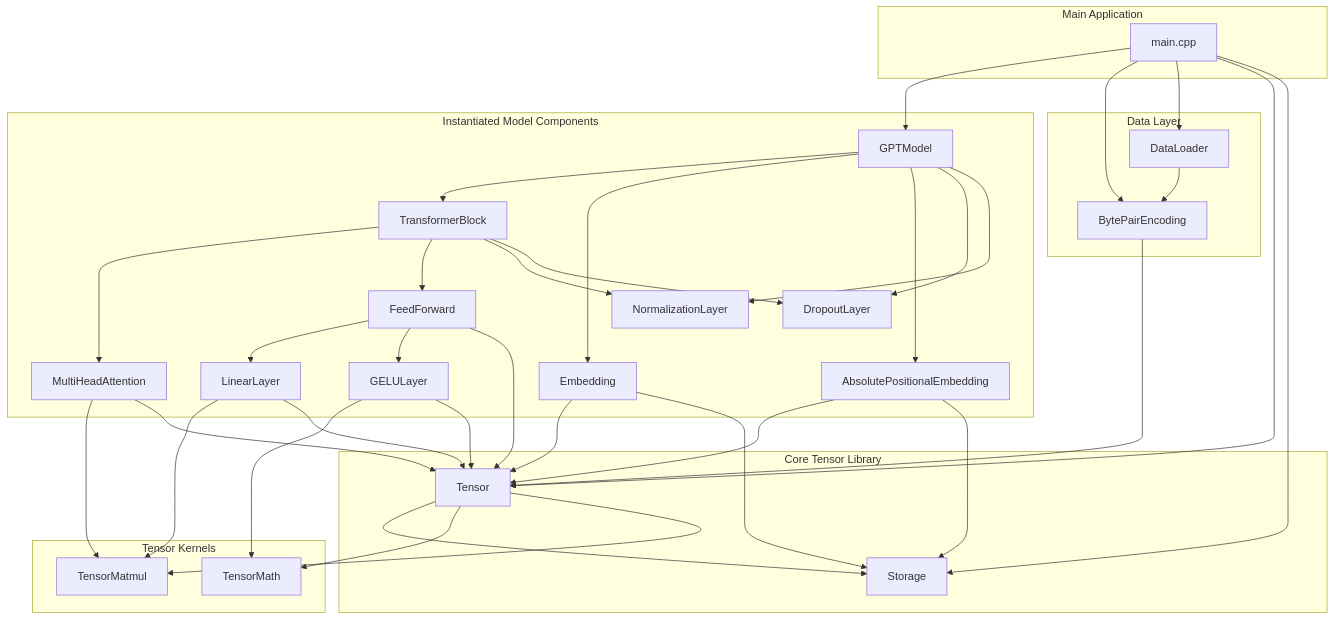
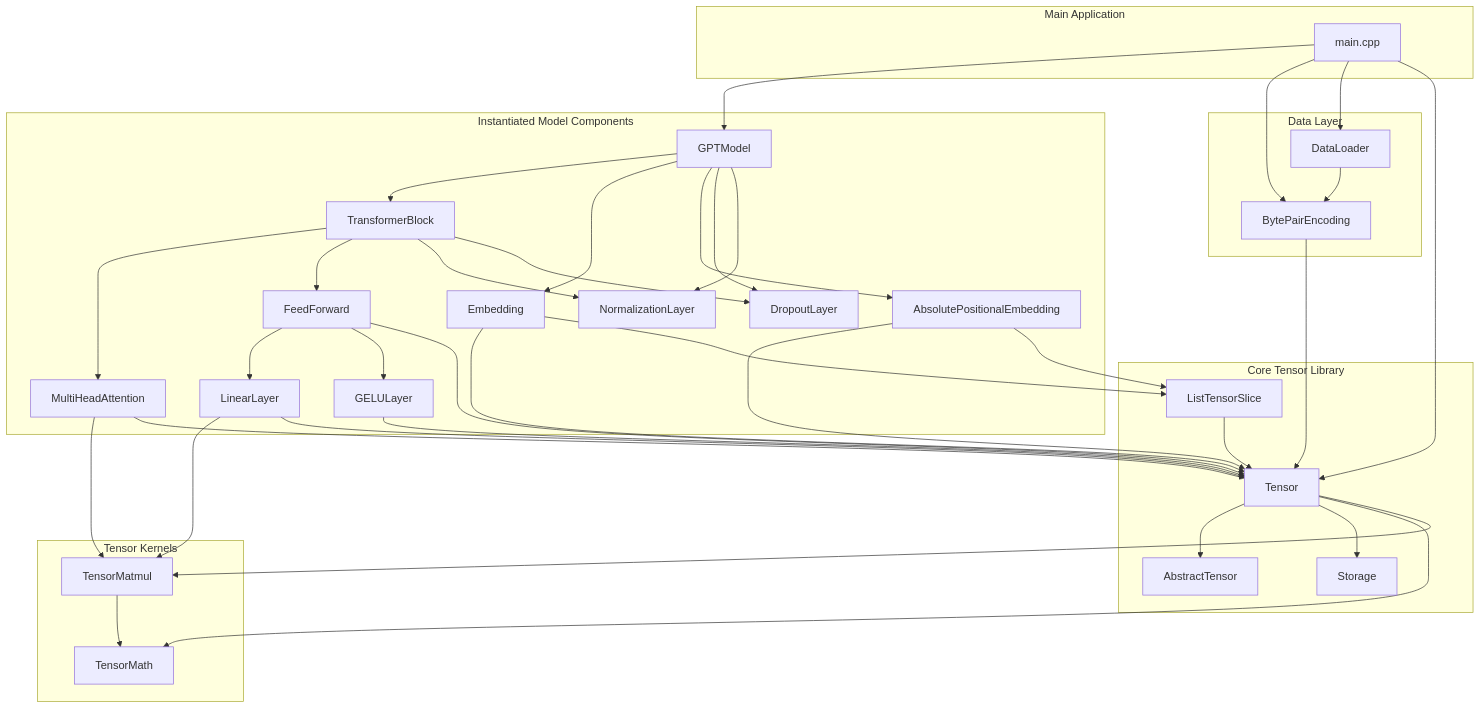
Before and after one commit to andersensam/build-llm-cpp: the diagram in README.md, drawn with Mermaid. The commit also changed 7 other files, not shown here.

Commit message:
Remove old dep chains, redraw graph

````diff
--- a/README.md
+++ b/README.md
@@ -29,7 +29,9 @@
     end
 
     subgraph "Core Tensor Library"
+        abstract_tensor[AbstractTensor]
         tensor[Tensor]
+        list_tensor_slice[ListTensorSlice]
         storage[Storage]
     end
 
@@ -43,7 +45,6 @@
     main --> bpe
     main --> dataloader
     main --> tensor
-    main --> storage
 
     %% GPTModel composition (what's actually instantiated)
     gpt --> transformer
@@ -68,25 +69,29 @@
     feedforward --> tensor
 
     %% GELU and Linear dependencies
-    gelu --> tensor_math
     gelu --> tensor
     linear --> tensor_matmul
     linear --> tensor
 
     %% Embedding dependencies
     embedding --> tensor
-    embedding --> storage
+    embedding --> list_tensor_slice
 
     %% AbsolutePositionalEmbedding dependencies
     abs_pos --> tensor
-    abs_pos --> storage
+    abs_pos --> list_tensor_slice
 
     %% Data layer dependencies
     dataloader --> bpe
     bpe --> tensor
 
     %% Tensor library dependencies
+    tensor --> abstract_tensor
+    list_tensor_slice --> tensor
     tensor --> storage
     tensor --> tensor_math
     tensor --> tensor_matmul
+
+    %% Tensor kernel dependencies
+    tensor_matmul --> tensor_math
 ```
````
